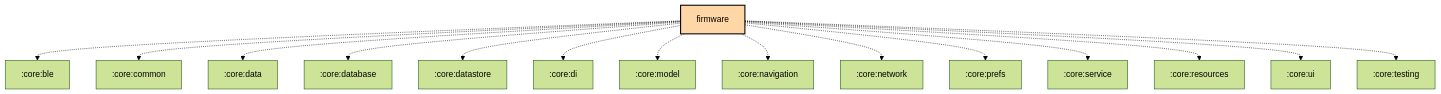
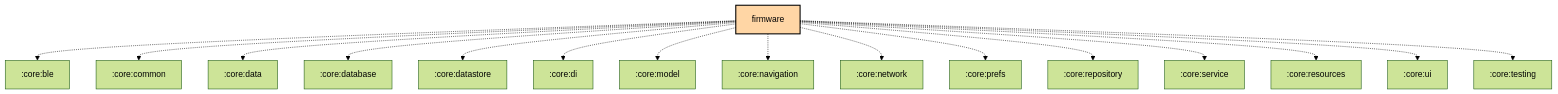
One commit to meshtastic/Meshtastic-Android changed the fourth of 4 diagrams in feature/firmware/README.md. Above: the diagram before and after it, drawn with Mermaid (forest theme).

Commit message:
chore: Scheduled updates (Graphs, Baseline Profile)
Automated updates for:
- Module dependency graphs
- androidApp baseline profile

````diff
--- a/feature/firmware/README.md
+++ b/feature/firmware/README.md
@@ -97,32 +97,33 @@
 ```mermaid
 graph TB
   :feature:firmware[firmware]:::kmp-feature
   :feature:firmware -.-> :core:ble
   :feature:firmware -.-> :core:common
   :feature:firmware -.-> :core:data
   :feature:firmware -.-> :core:database
   :feature:firmware -.-> :core:datastore
   :feature:firmware -.-> :core:di
   :feature:firmware -.-> :core:model
   :feature:firmware -.-> :core:navigation
   :feature:firmware -.-> :core:network
   :feature:firmware -.-> :core:prefs
+  :feature:firmware -.-> :core:repository
   :feature:firmware -.-> :core:service
   :feature:firmware -.-> :core:resources
   :feature:firmware -.-> :core:ui
   :feature:firmware -.-> :core:testing
 
 classDef android-application fill:#CAFFBF,stroke:#000,stroke-width:2px,color:#000;
 classDef android-application-compose fill:#CAFFBF,stroke:#000,stroke-width:2px,color:#000;
 classDef compose-desktop-application fill:#CAFFBF,stroke:#000,stroke-width:2px,color:#000;
 classDef android-feature fill:#FFD6A5,stroke:#000,stroke-width:2px,color:#000;
 classDef android-library fill:#9BF6FF,stroke:#000,stroke-width:2px,color:#000;
 classDef android-library-compose fill:#9BF6FF,stroke:#000,stroke-width:2px,color:#000;
 classDef android-test fill:#A0C4FF,stroke:#000,stroke-width:2px,color:#000;
 classDef jvm-library fill:#BDB2FF,stroke:#000,stroke-width:2px,color:#000;
 classDef kmp-feature fill:#FFD6A5,stroke:#000,stroke-width:2px,color:#000;
 classDef kmp-library-compose fill:#FFC1CC,stroke:#000,stroke-width:2px,color:#000;
 classDef kmp-library fill:#FFC1CC,stroke:#000,stroke-width:2px,color:#000;
 classDef unknown fill:#FFADAD,stroke:#000,stroke-width:2px,color:#000;
 
 ```
````
